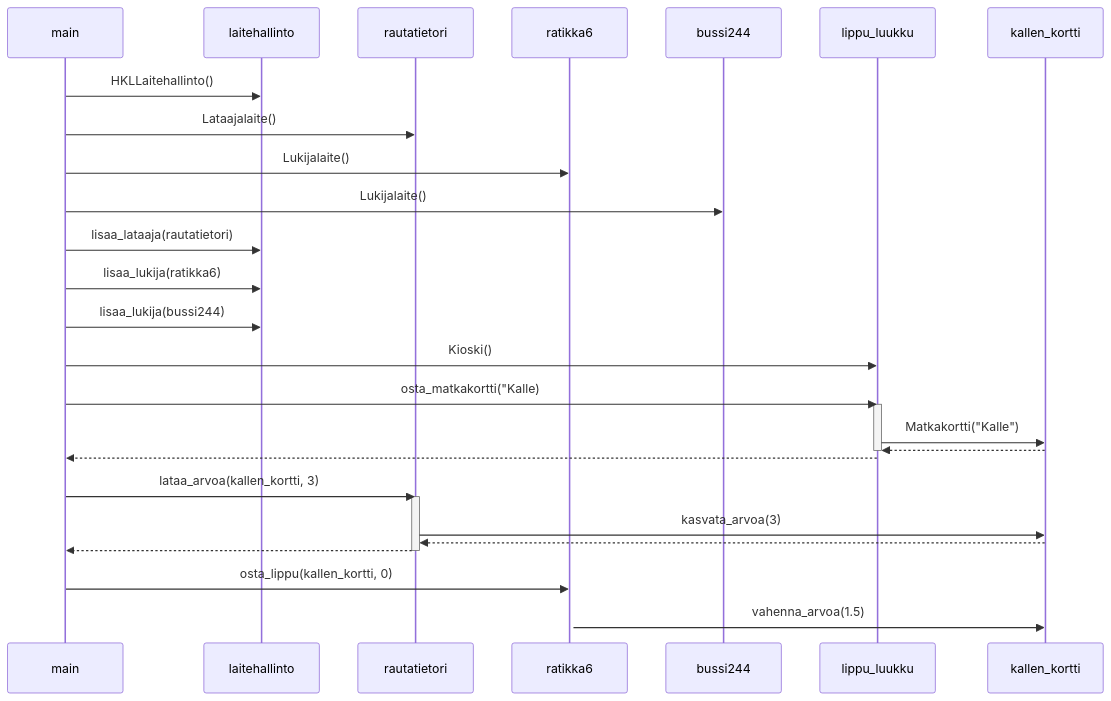
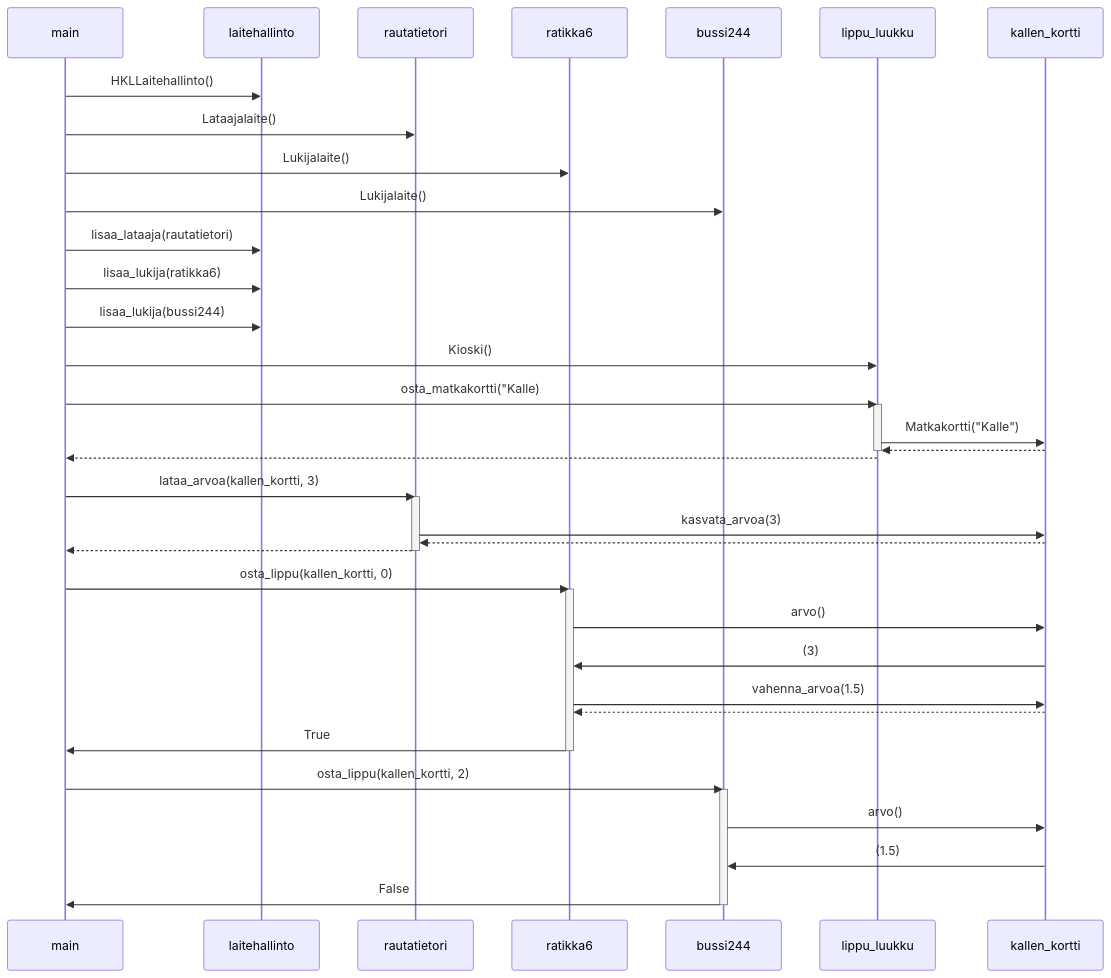
One commit to JuhoPaananen/ot-harjoitustyo changed the diagram in laskarit/viikko3/sekvenssikaavio2.md. Above: the diagram before and after it, drawn with Mermaid.

````diff
--- a/laskarit/viikko3/sekvenssikaavio2.md
+++ b/laskarit/viikko3/sekvenssikaavio2.md
@@ -1,27 +1,38 @@
 ```mermaid
 sequenceDiagram
 		main->>laitehallinto: HKLLaitehallinto()
 		main->>rautatietori: Lataajalaite()
     main->>ratikka6: Lukijalaite()
     main->>bussi244: Lukijalaite()
 		main->>laitehallinto: lisaa_lataaja(rautatietori)
 		main->>laitehallinto: lisaa_lukija(ratikka6)
 		main->>laitehallinto: lisaa_lukija(bussi244)
 		main->>lippu_luukku: Kioski()
 		main->>lippu_luukku: osta_matkakortti("Kalle)
 		activate lippu_luukku
 		lippu_luukku->>kallen_kortti: Matkakortti("Kalle")
 		kallen_kortti-->>lippu_luukku: 
 		deactivate lippu_luukku
 		lippu_luukku-->>main: 
 		main->>rautatietori: lataa_arvoa(kallen_kortti, 3)
 		activate rautatietori
 		rautatietori->>kallen_kortti: kasvata_arvoa(3)
 		kallen_kortti-->>rautatietori: 
 		rautatietori-->> main: 
 		deactivate rautatietori
 		main->>ratikka6: osta_lippu(kallen_kortti, 0)
 		activate ratikka6
+		ratikka6->>kallen_kortti: arvo()
+		kallen_kortti->>ratikka6: (3)
 		ratikka6->>kallen_kortti: vahenna_arvoa(1.5)
+		kallen_kortti-->>ratikka6: 
+		ratikka6->>main: True 
+		deactivate ratikka6
+		main->>bussi244: osta_lippu(kallen_kortti, 2)
+		activate bussi244
+		bussi244->>kallen_kortti: arvo()
+		kallen_kortti->>bussi244: (1.5)
+		bussi244->>main: False
+		deactivate bussi244
 		
 ```
````
